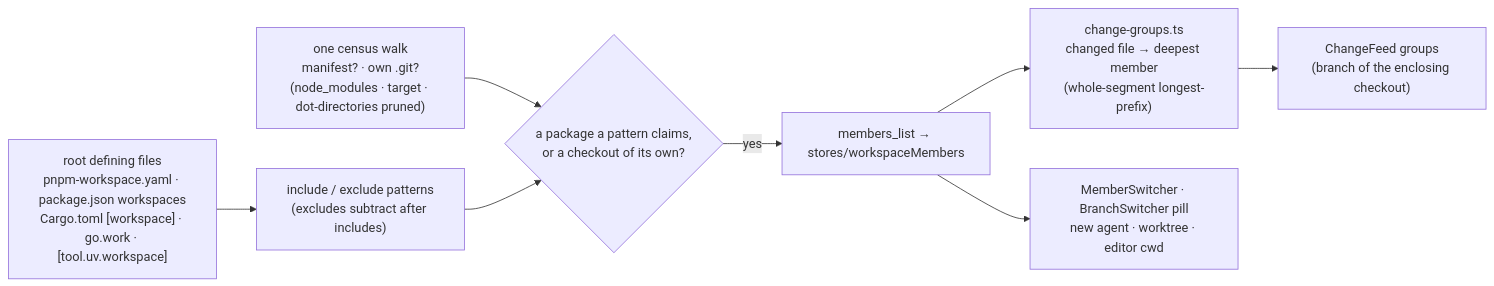
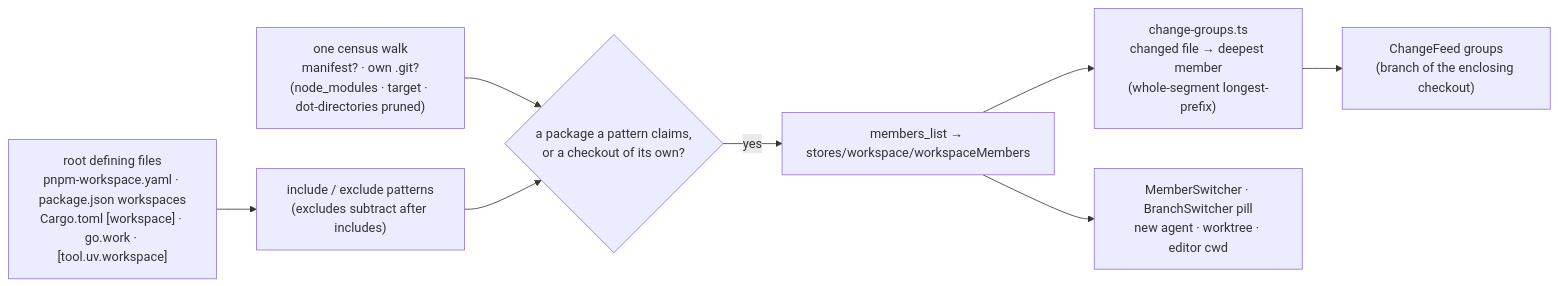
One commit to avi12/pade changed the sixth of 8 diagrams in ARCHITECTURE.md. Above: the diagram before and after it, drawn with Mermaid. The commit also changed other lines of this file, not shown here.

First line of the commit message:
docs(architecture): map the regrouped frontend and the sweep's new modules

````diff
--- a/ARCHITECTURE.md
+++ b/ARCHITECTURE.md
@@ -318,10 +318,10 @@
 ```mermaid
 flowchart LR
   Defs["root defining files<br/>pnpm-workspace.yaml · package.json workspaces<br/>Cargo.toml [workspace] · go.work · [tool.uv.workspace]"] --> Globs["include / exclude patterns<br/>(excludes subtract after includes)"]
   Walk["one census walk<br/>manifest? · own .git?<br/>(node_modules · target · dot-directories pruned)"] --> Confirm{"a package a pattern claims,<br/>or a checkout of its own?"}
   Globs --> Confirm
-  Confirm -->|yes| Members["members_list → stores/workspaceMembers"]
+  Confirm -->|yes| Members["members_list → stores/workspace/workspaceMembers"]
   Members --> Assign["change-groups.ts<br/>changed file → deepest member<br/>(whole-segment longest-prefix)"]
   Members --> Switcher["MemberSwitcher · BranchSwitcher pill<br/>new agent · worktree · editor cwd"]
   Assign --> Feed["ChangeFeed groups<br/>(branch of the enclosing checkout)"]
 ```
````
